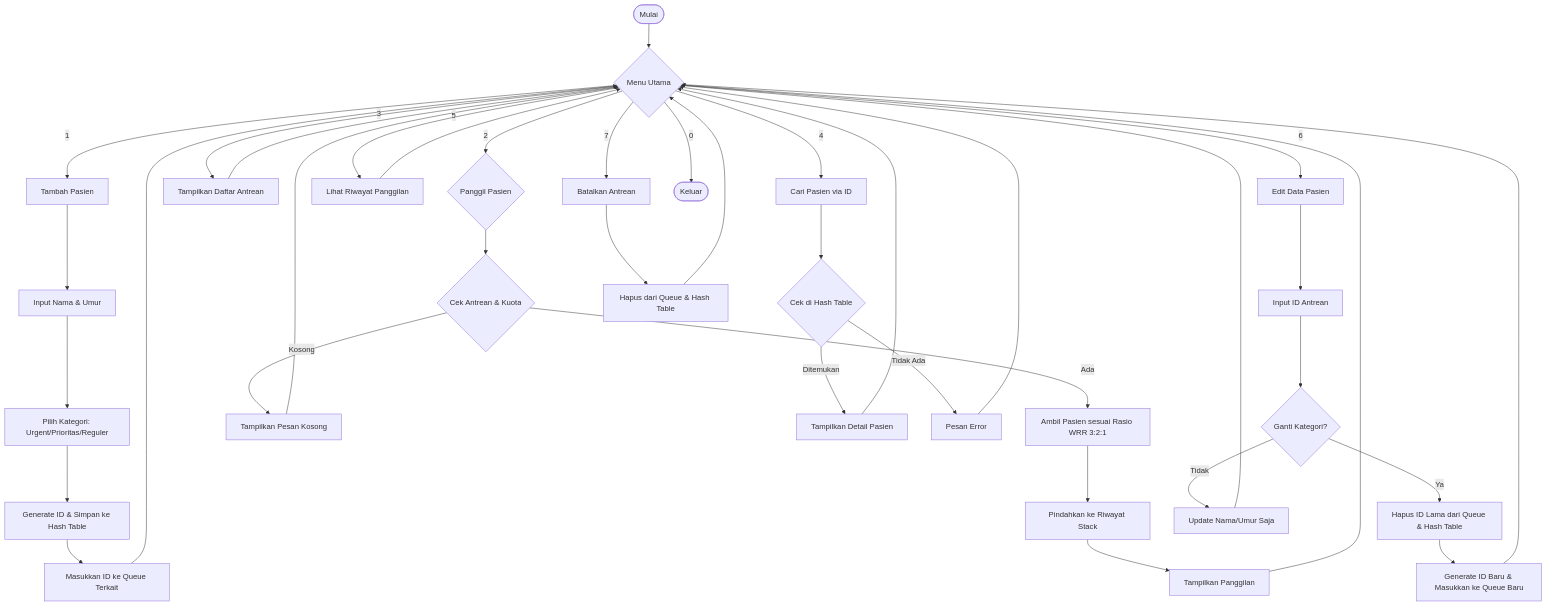
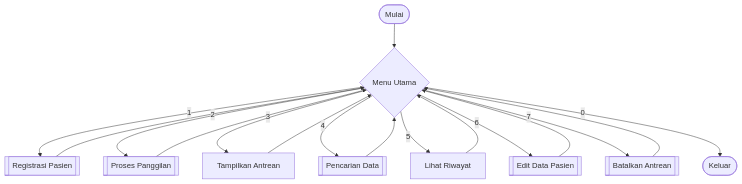
The second of 5 diagrams in README.md (FTRHOST/AntreanRumahSakit-Kel.7), drawn with Mermaid before and after one commit. The commit also changed other lines of this file, not shown here.

````diff
--- a/README.md
+++ b/README.md
@@ -71,48 +76,21 @@
 ```mermaid
 graph TD
     A([Mulai]) --> B{Menu Utama}
     
-    B -->|1| C[Tambah Pasien]
-    C --> C1[Input Nama & Umur]
-    C1 --> C2[Pilih Kategori: Urgent/Prioritas/Reguler]
-    C2 --> C3[Generate ID & Simpan ke Hash Table]
-    C3 --> C4[Masukkan ID ke Queue Terkait]
-    C4 --> B
+    B -->|1| C[[Registrasi Pasien]]
+    B -->|2| D[[Proses Panggilan]]
+    B -->|3| E[Tampilkan Antrean]
+    B -->|4| F[[Pencarian Data]]
+    B -->|5| G[Lihat Riwayat]
+    B -->|6| H[[Edit Data Pasien]]
+    B -->|7| I[[Batalkan Antrean]]
+    B -->|0| J([Keluar])
 
-    B -->|2| D{Panggil Pasien}
-    D --> D1{Cek Antrean & Kuota}
-    D1 -->|Ada| D2[Ambil Pasien sesuai Rasio WRR 3:2:1]
-    D2 --> D3[Pindahkan ke Riwayat Stack]
-    D3 --> D4[Tampilkan Panggilan]
-    D1 -->|Kosong| D5[Tampilkan Pesan Kosong]
-    D4 --> B
-    D5 --> B
-
-    B -->|3| E[Tampilkan Daftar Antrean]
+    C --> B
+    D --> B
     E --> B
-
-    B -->|4| F[Cari Pasien via ID]
-    F --> F1{Cek di Hash Table}
-    F1 -->|Ditemukan| F2[Tampilkan Detail Pasien]
-    F1 -->|Tidak Ada| F3[Pesan Error]
-    F2 --> B
-    F3 --> B
-
-    B -->|5| G[Lihat Riwayat Panggilan]
+    F --> B
     G --> B
-
-    B -->|6| H[Edit Data Pasien]
-    H --> H1[Input ID Antrean]
-    H1 --> H2{Ganti Kategori?}
-    H2 -->|Ya| H3[Hapus ID Lama dari Queue & Hash Table]
-    H3 --> H4[Generate ID Baru & Masukkan ke Queue Baru]
-    H2 -->|Tidak| H5[Update Nama/Umur Saja]
-    H4 --> B
-    H5 --> B
-
-    B -->|7| I[Batalkan Antrean]
-    I --> I1[Hapus dari Queue & Hash Table]
-    I1 --> B
-
-    B -->|0| J([Keluar])
+    H --> B
+    I --> B
 ```
````
